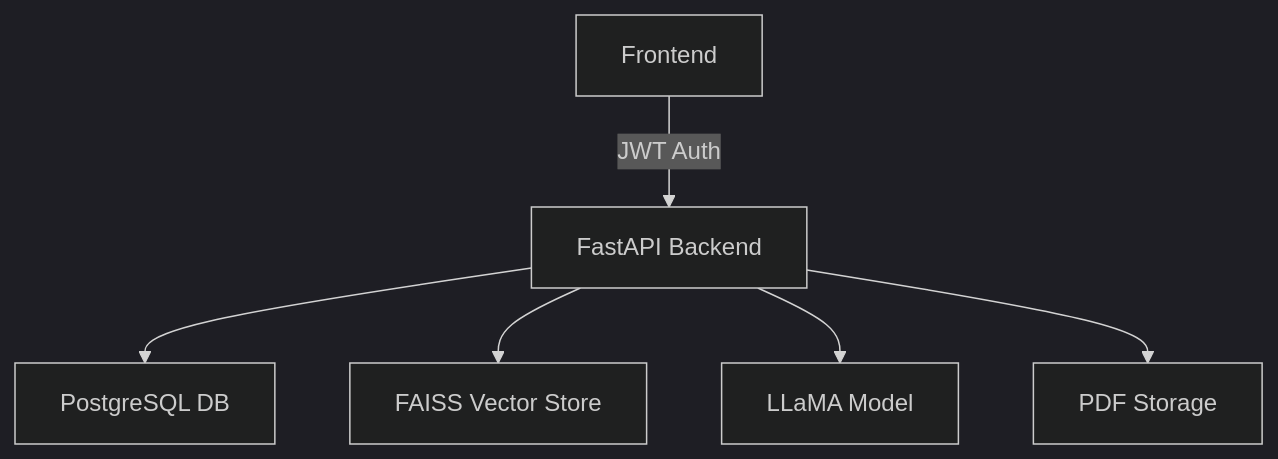
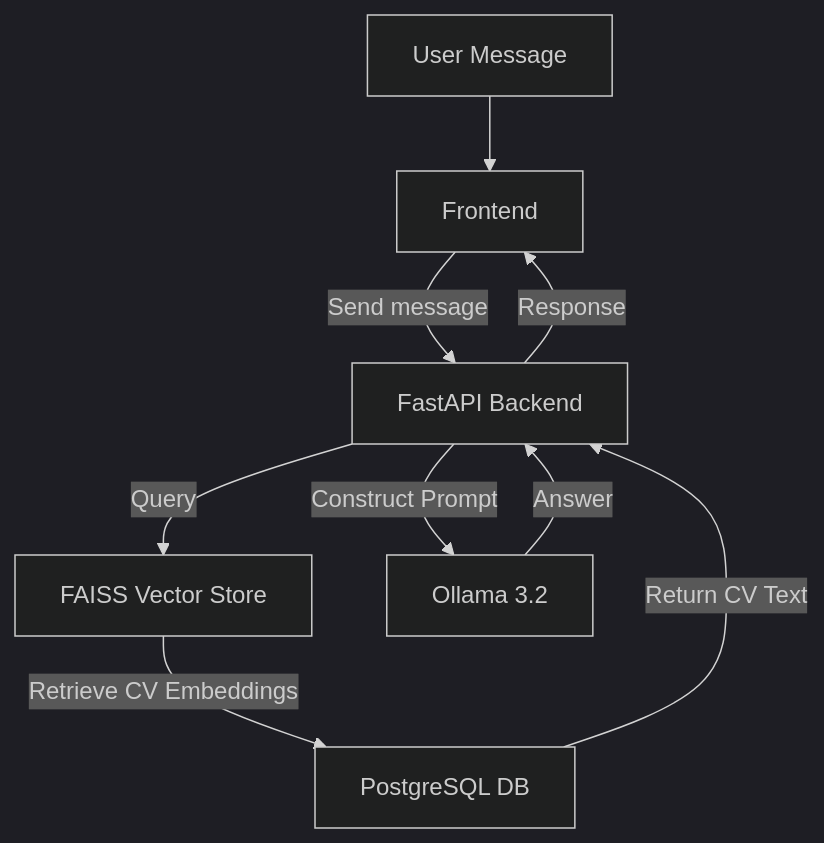
The diagram in README.md (Anir4/Hirelytic), drawn with Mermaid (dark theme) before and after one commit. The commit also changed other lines of this file, not shown here.

````diff
--- a/README.md
+++ b/README.md
@@ -17,8 +17,13 @@
 ```mermaid
 graph TD
-    A[Frontend] -->|JWT Auth| B[FastAPI Backend]
-    B --> C[PostgreSQL DB]
-    B --> D[FAISS Vector Store]
-    B --> E[LLaMA Model]
-    B --> F[PDF Storage]
+    U[User Message] --> A[Frontend]
+    A -->|Send message| B[FastAPI Backend]
+    
+    B -->|Query| D[FAISS Vector Store]
+    D -->|Retrieve CV Embeddings| C[PostgreSQL DB]
+    
+    C -->|Return CV Text| B
+    B -->|Construct Prompt| E[Ollama 3.2]
+    E -->|Answer| B
+    B -->|Response| A
 ```
````
